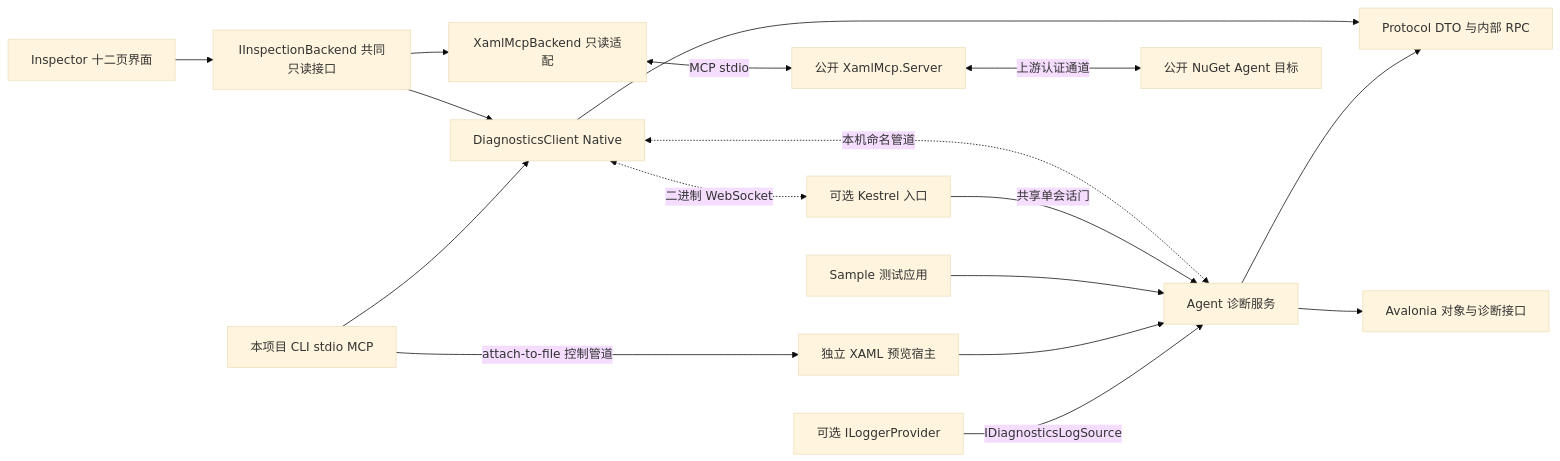
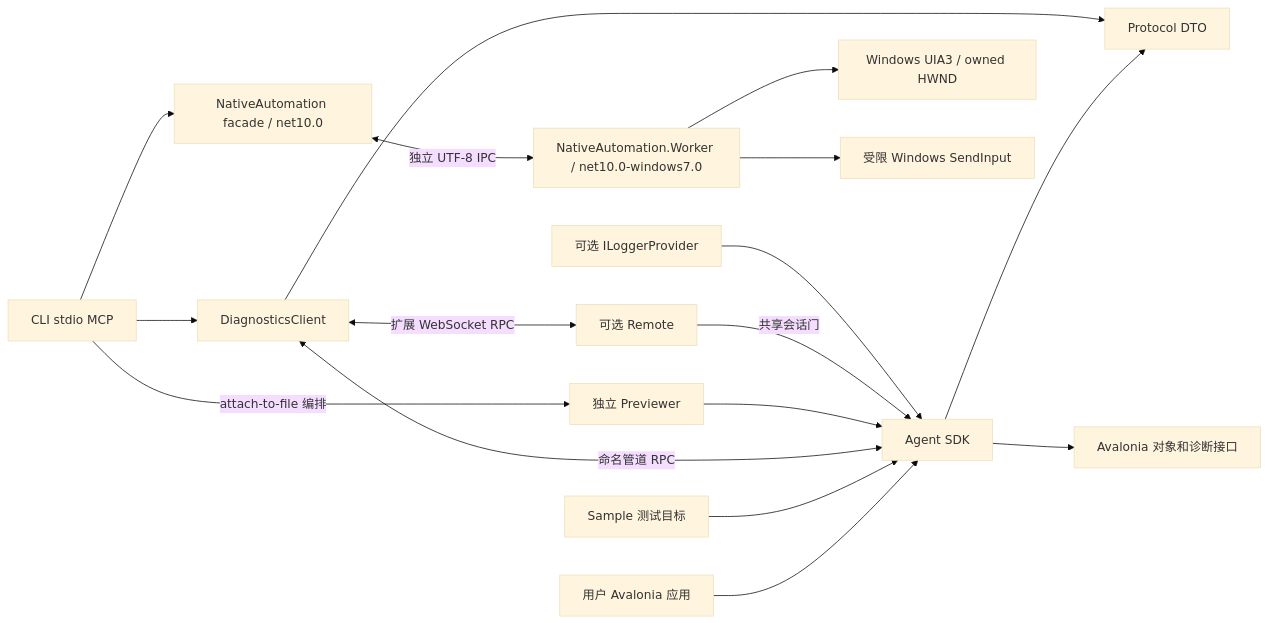
One commit to doomclouds/AvaloniaDevTool changed the diagram in docs/architecture.md. Above: the diagram before and after it, drawn with Mermaid (base theme). The commit also changed other lines of this file and 383 other files, not shown here.

First line of the commit message:
feat: deliver scoped Avalonia agent automation tools

````diff
--- a/docs/architecture.md
+++ b/docs/architecture.md
@@ -7,19 +7,19 @@
 ```mermaid
 flowchart LR
-    Inspector[Inspector 十二页界面] --> Common[IInspectionBackend 共同只读接口]
-    Common --> Client[DiagnosticsClient Native]
-    Common --> Adapter[XamlMcpBackend 只读适配]
-    MCP[本项目 CLI stdio MCP] --> Client
-    Client --> Protocol[Protocol DTO 与内部 RPC]
-    Client <-. 本机命名管道 .-> Agent[Agent 诊断服务]
-    Client <-. 二进制 WebSocket .-> Remote[可选 Kestrel 入口]
-    Remote -->|共享单会话门| Agent
-    Adapter <-->|MCP stdio| Server[公开 XamlMcp.Server]
-    Server <-->|上游认证通道| Target[公开 NuGet Agent 目标]
-    Agent --> Protocol
-    Agent --> Avalonia[Avalonia 对象与诊断接口]
-    Sample[Sample 测试应用] --> Agent
-    Previewer[独立 XAML 预览宿主] --> Agent
-    MCP -->|attach-to-file 控制管道| Previewer
-    Logging[可选 ILoggerProvider] -->|IDiagnosticsLogSource| Agent
+    Consumer[用户 Avalonia 应用] --> Agent[Agent SDK]
+    Sample[Sample 测试目标] --> Agent
+    MCP[CLI stdio MCP] --> Client[DiagnosticsClient]
+    MCP --> Native[NativeAutomation facade / net10.0]
+    Native <-->|独立 UTF-8 IPC| Worker[NativeAutomation.Worker / net10.0-windows7.0]
+    Worker --> UIA[Windows UIA3 / owned HWND]
+    Worker --> Input[受限 Windows SendInput]
+    Client <-->|命名管道 RPC| Agent
+    MCP -->|attach-to-file 编排| Previewer[独立 Previewer]
+    Previewer --> Agent
+    Client <-->|扩展 WebSocket RPC| Remote[可选 Remote]
+    Remote -->|共享会话门| Agent
+    Logging[可选 ILoggerProvider] --> Agent
+    Agent --> Protocol[Protocol DTO]
+    Client --> Protocol
+    Agent --> Avalonia[Avalonia 对象和诊断接口]
 ```
````
